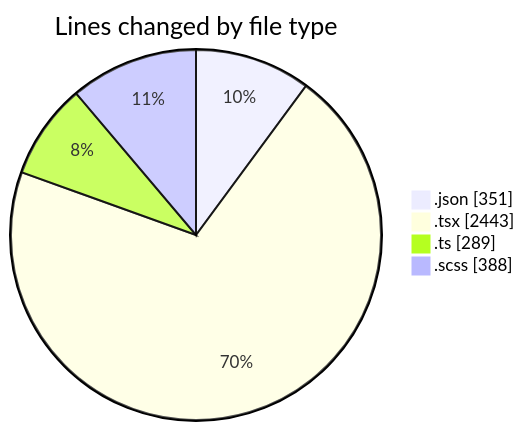
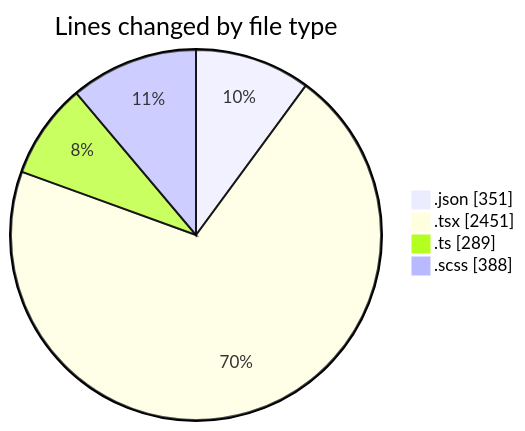
The first of 2 diagrams in 2026-04-22/cda/README.md (momahboobian/code-tracking), drawn with Mermaid before and after one commit. The commit also changed other lines of this file and 1 other file, not shown here.

````diff
--- a/2026-04-22/cda/README.md
+++ b/2026-04-22/cda/README.md
@@ -46,8 +46,8 @@
 ```mermaid
 pie showData
 title Lines changed by file type
 ".json" : 351
-".tsx" : 2443
+".tsx" : 2451
 ".ts" : 289
 ".scss" : 388
 ```
````
